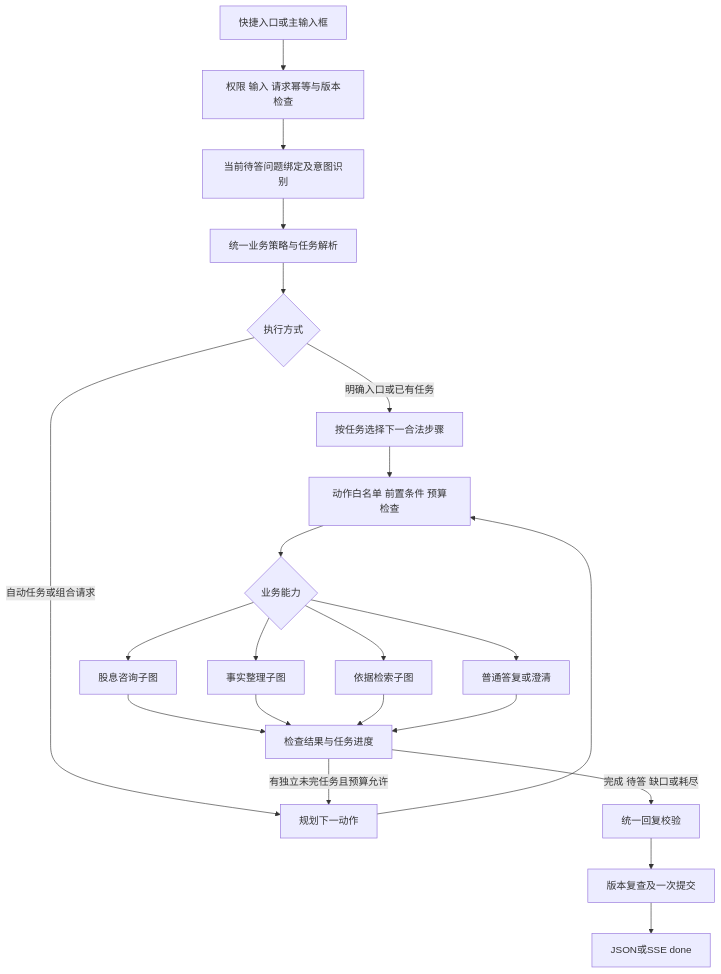
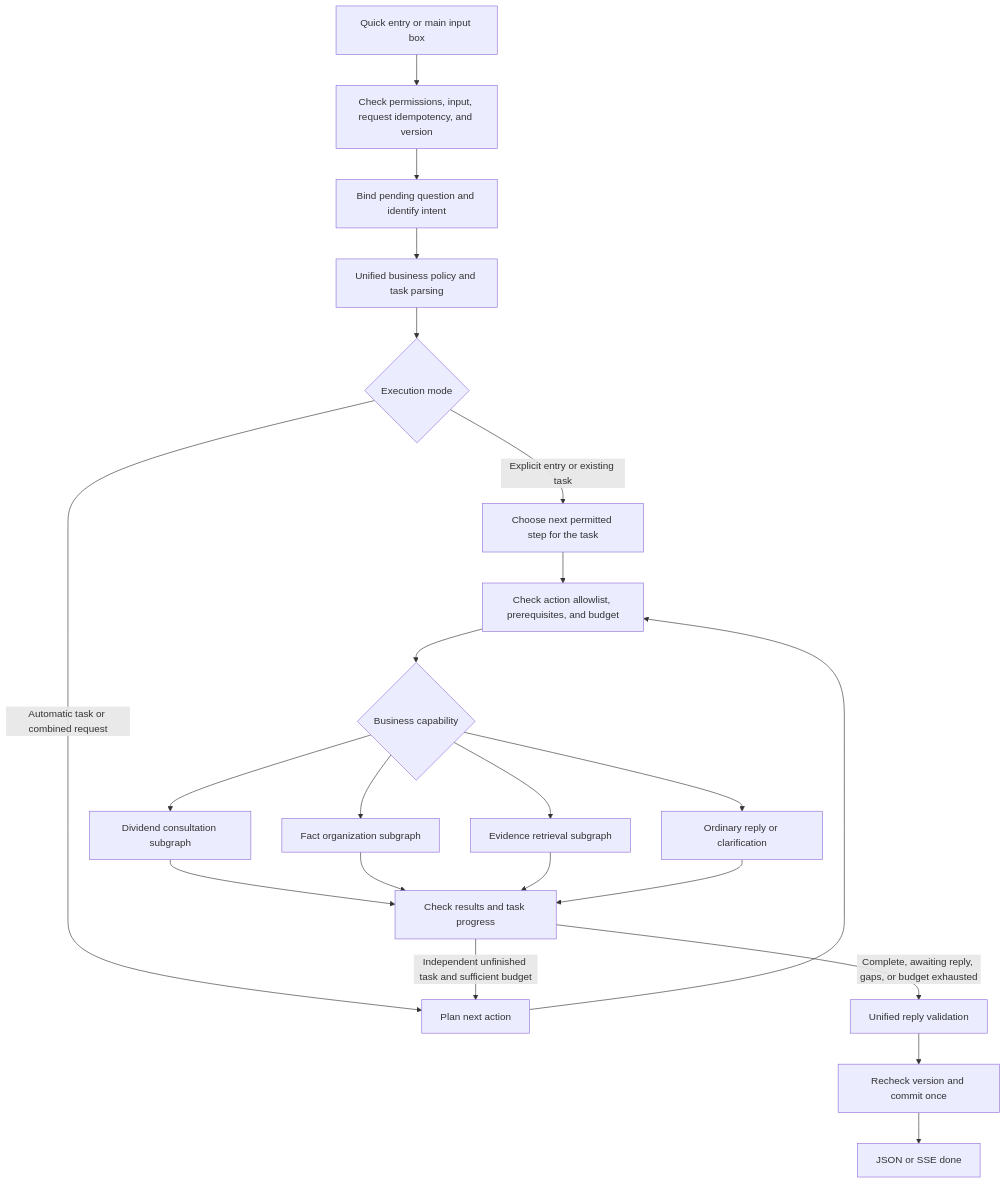
The diagram in docs/implementation/B_HYBRID_ORCHESTRATION_PLAN_2026_10_03.md (1726621062qqcom-ctrl/Asia-Tax-AI-Agent), drawn with Mermaid before and after one commit. The commit also changed other lines of this file and 59 other files, not shown here.

````diff
--- a/docs/implementation/B_HYBRID_ORCHESTRATION_PLAN_2026_10_03.md
+++ b/docs/implementation/B_HYBRID_ORCHESTRATION_PLAN_2026_10_03.md
@@ -41,24 +49,24 @@
 ```mermaid
 flowchart TD
-    A[快捷入口或主输入框] --> B[权限 输入 请求幂等与版本检查]
-    B --> C[当前待答问题绑定及意图识别]
-    C --> D[统一业务策略与任务解析]
-    D --> E{执行方式}
-    E -->|明确入口或已有任务| F[按任务选择下一合法步骤]
-    E -->|自动任务或组合请求| G[规划下一动作]
-    G --> H[动作白名单 前置条件 预算检查]
+    A["Quick entry or main input box"] --> B["Check permissions, input, request idempotency, and version"]
+    B --> C["Bind pending question and identify intent"]
+    C --> D["Unified business policy and task parsing"]
+    D --> E{"Execution mode"}
+    E -->|Explicit entry or existing task| F["Choose next permitted step for the task"]
+    E -->|Automatic task or combined request| G["Plan next action"]
+    G --> H["Check action allowlist, prerequisites, and budget"]
     F --> H
-    H --> I{业务能力}
-    I --> J[股息咨询子图]
-    I --> K[事实整理子图]
-    I --> L[依据检索子图]
-    I --> M[普通答复或澄清]
-    J --> N[检查结果与任务进度]
+    H --> I{"Business capability"}
+    I --> J["Dividend consultation subgraph"]
+    I --> K["Fact organization subgraph"]
+    I --> L["Evidence retrieval subgraph"]
+    I --> M["Ordinary reply or clarification"]
+    J --> N["Check results and task progress"]
     K --> N
     L --> N
     M --> N
-    N -->|有独立未完任务且预算允许| G
-    N -->|完成 待答 缺口或耗尽| O[统一回复校验]
-    O --> P[版本复查及一次提交]
-    P --> Q[JSON或SSE done]
+    N -->|Independent unfinished task and sufficient budget| G
+    N -->|Complete, awaiting reply, gaps, or budget exhausted| O["Unified reply validation"]
+    O --> P["Recheck version and commit once"]
+    P --> Q["JSON or SSE done"]
 ```
````
